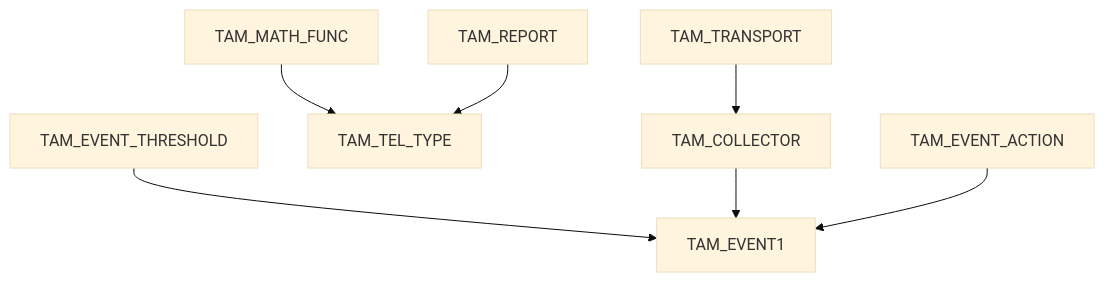
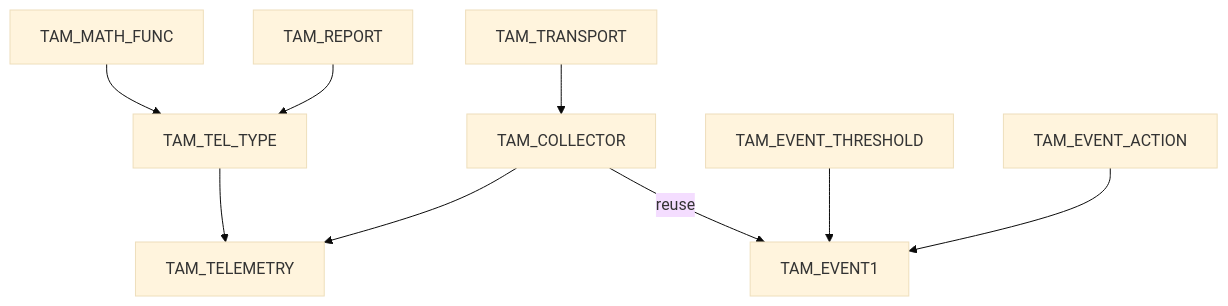
One commit to idmshawn/learning_notes changed the first of 3 diagrams in net/sai/README.md. Above: the diagram before and after it, drawn with Mermaid (base theme). The commit also changed other lines of this file, not shown here.

````diff
--- a/net/sai/README.md
+++ b/net/sai/README.md
@@ -53,9 +57,12 @@
 ```mermaid
 graph TD;
     TAM_TRANSPORT-->TAM_COLLECTOR;
     TAM_MATH_FUNC-->TAM_TEL_TYPE;
     TAM_REPORT-->TAM_TEL_TYPE;
+    TAM_TEL_TYPE-->TAM_TELEMETRY;
+    TAM_COLLECTOR-->TAM_TELEMETRY;
+ 
     TAM_EVENT_THRESHOLD-->TAM_EVENT1;
-    TAM_COLLECTOR-->TAM_EVENT1;
     TAM_EVENT_ACTION-->TAM_EVENT1;
+    TAM_COLLECTOR-->|reuse|TAM_EVENT1;
 ```
````
